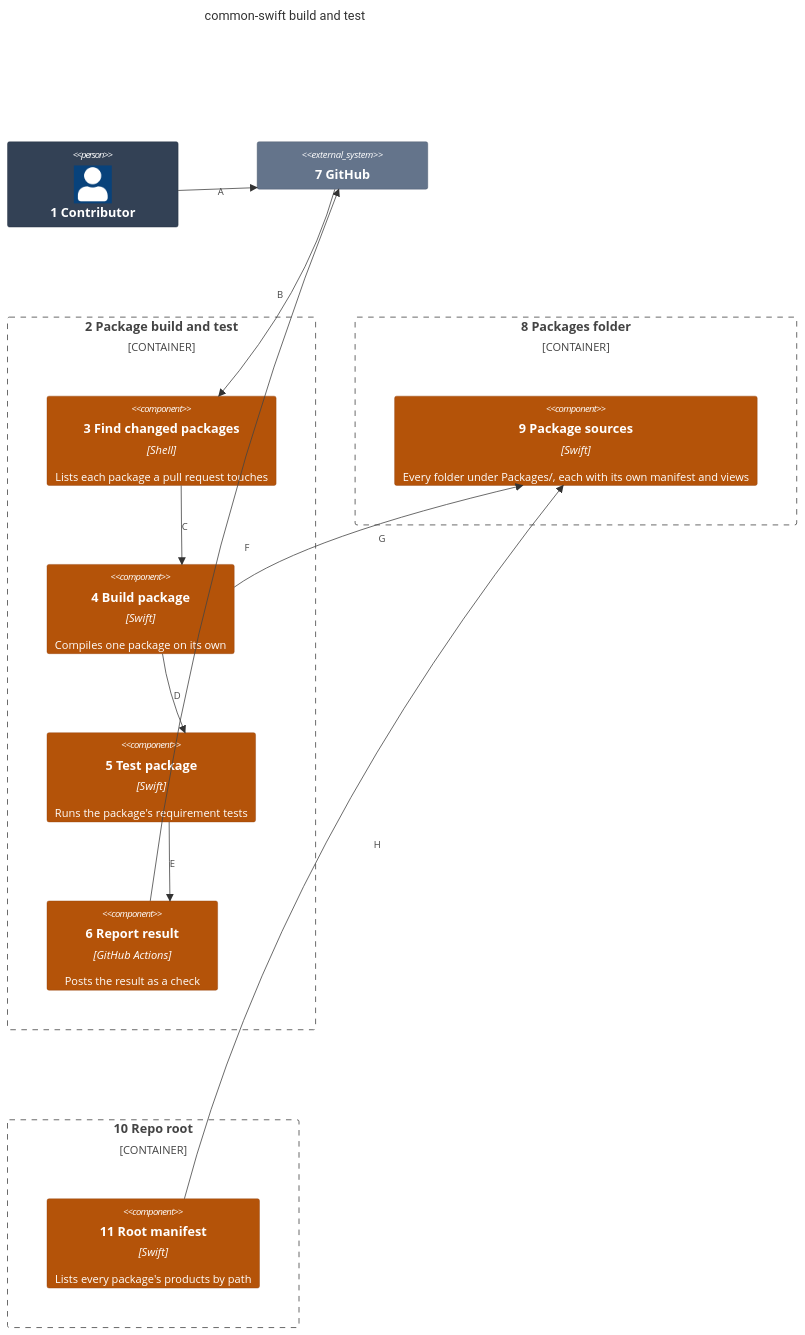
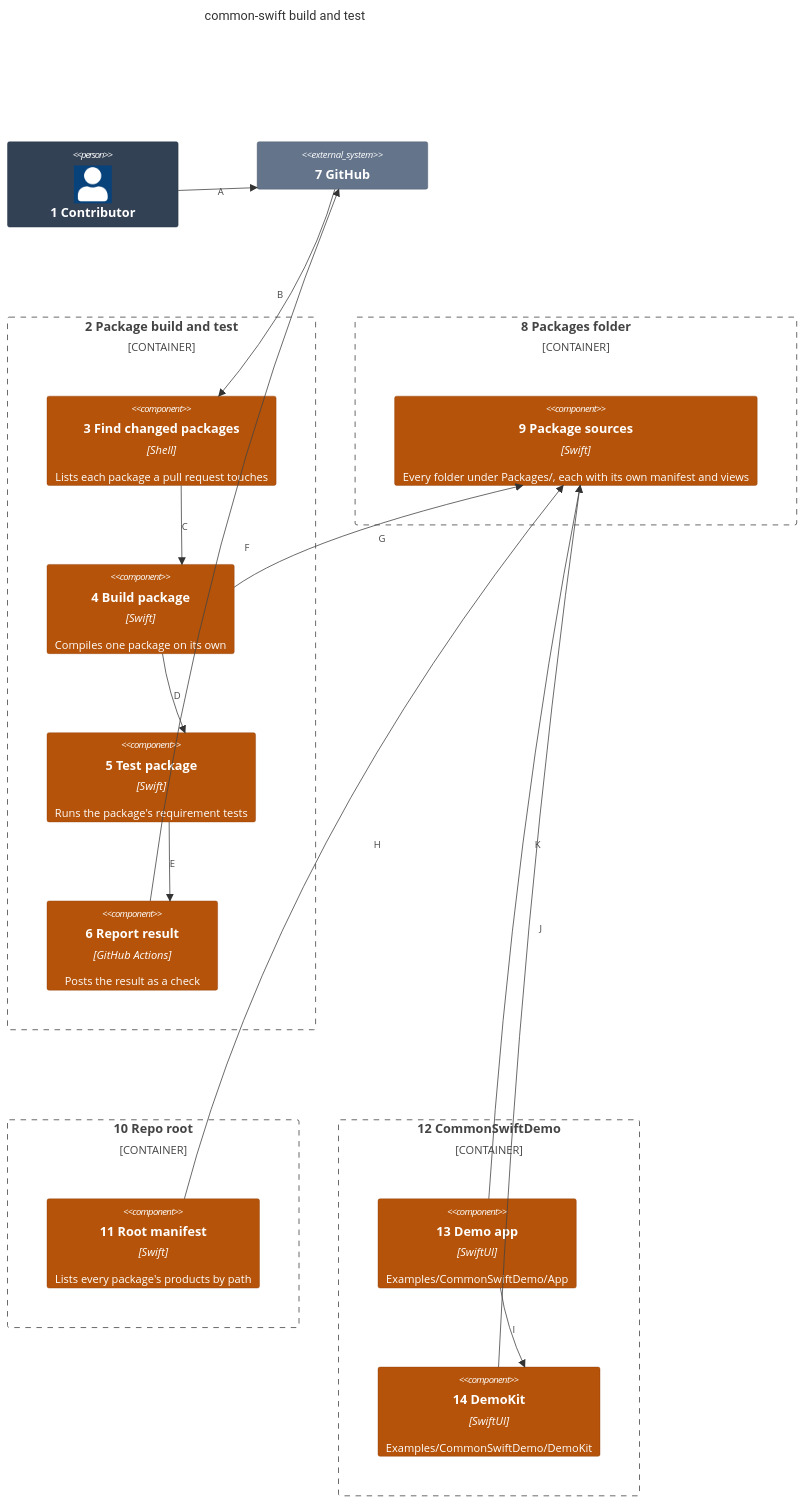
Before and after one commit to may-journal/common-swift: the first of 2 diagrams in docs/architecture/03-components.md, drawn with Mermaid. The commit also changed other lines of this file and 20 other files, not shown here.

First line of the commit message:
feat(demo): add a demo app that shows every package

````diff
--- a/docs/architecture/03-components.md
+++ b/docs/architecture/03-components.md
@@ -5,39 +5,48 @@
 ```mermaid
 C4Component
     title common-swift build and test
 
     Person(contributor, "1 Contributor")
 
     Container_Boundary(ci, "2 Package build and test") {
         Component(find, "3 Find changed packages", "Shell", "Lists each package a pull request touches")
         Component(build, "4 Build package", "Swift", "Compiles one package on its own")
         Component(test, "5 Test package", "Swift", "Runs the package's requirement tests")
         Component(report, "6 Report result", "GitHub Actions", "Posts the result as a check")
     }
 
     System_Ext(github, "7 GitHub")
     Container_Boundary(packages, "8 Packages folder") {
         Component(sources, "9 Package sources", "Swift", "Every folder under Packages/, each with its own manifest and views")
     }
     Container_Boundary(top, "10 Repo root") {
         Component(root, "11 Root manifest", "Swift", "Lists every package's products by path")
     }
+    Container_Boundary(demo, "12 CommonSwiftDemo") {
+        Component(app, "13 Demo app", "SwiftUI", "Examples/CommonSwiftDemo/App")
+        Component(kit, "14 DemoKit", "SwiftUI", "Examples/CommonSwiftDemo/DemoKit")
+    }
 
     Rel(contributor, github, "A")
     Rel(github, find, "B")
     Rel(find, build, "C")
     Rel(build, test, "D")
     Rel(test, report, "E")
     Rel(report, github, "F")
     Rel(build, sources, "G")
     Rel(root, sources, "H")
+    Rel(app, kit, "I")
+    Rel(kit, sources, "J")
+    Rel(app, sources, "K")
 
     UpdateElementStyle(contributor, $bgColor="#334155", $borderColor="#1e293b", $fontColor="#ffffff")
     UpdateElementStyle(find, $bgColor="#b45309", $borderColor="#92400e", $fontColor="#ffffff")
     UpdateElementStyle(build, $bgColor="#b45309", $borderColor="#92400e", $fontColor="#ffffff")
     UpdateElementStyle(test, $bgColor="#b45309", $borderColor="#92400e", $fontColor="#ffffff")
     UpdateElementStyle(report, $bgColor="#b45309", $borderColor="#92400e", $fontColor="#ffffff")
     UpdateElementStyle(github, $bgColor="#64748b", $borderColor="#475569", $fontColor="#ffffff")
     UpdateElementStyle(sources, $bgColor="#b45309", $borderColor="#92400e", $fontColor="#ffffff")
     UpdateElementStyle(root, $bgColor="#b45309", $borderColor="#92400e", $fontColor="#ffffff")
+    UpdateElementStyle(app, $bgColor="#b45309", $borderColor="#92400e", $fontColor="#ffffff")
+    UpdateElementStyle(kit, $bgColor="#b45309", $borderColor="#92400e", $fontColor="#ffffff")
 ```
````
